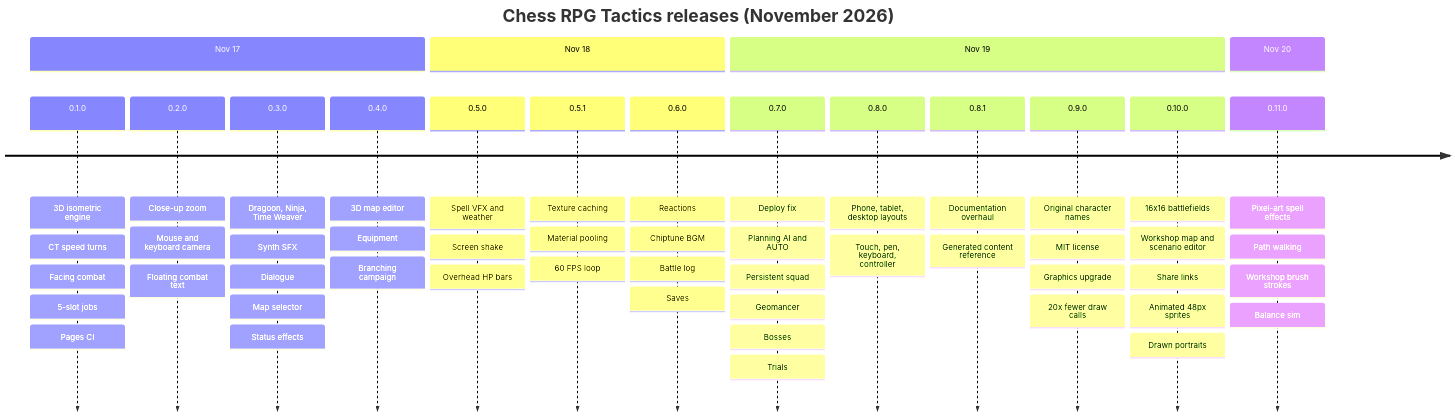
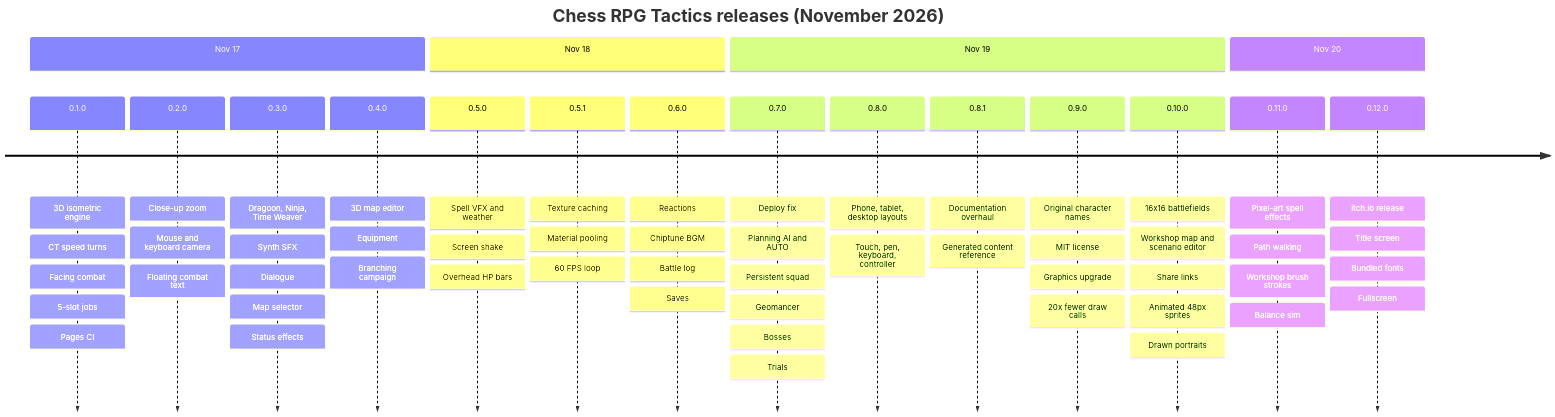
The first of 4 diagrams in docs/ROADMAP.md (CptNope/Chess-RPG-Tactics), drawn with Mermaid before and after one commit. The commit also changed other lines of this file and 29 other files, not shown here.

First line of the commit message:
0.12.0: itch.io release build, title screen, fullscreen, bundled fonts

````diff
--- a/docs/ROADMAP.md
+++ b/docs/ROADMAP.md
@@ -11,21 +11,22 @@
 ```mermaid
 timeline
     title Chess RPG Tactics releases (November 2026)
     section Nov 17
         0.1.0 : 3D isometric engine : CT speed turns : Facing combat : 5-slot jobs : Pages CI
         0.2.0 : Close-up zoom : Mouse and keyboard camera : Floating combat text
         0.3.0 : Dragoon, Ninja, Time Weaver : Synth SFX : Dialogue : Map selector : Status effects
         0.4.0 : 3D map editor : Equipment : Branching campaign
     section Nov 18
         0.5.0 : Spell VFX and weather : Screen shake : Overhead HP bars
         0.5.1 : Texture caching : Material pooling : 60 FPS loop
         0.6.0 : Reactions : Chiptune BGM : Battle log : Saves
     section Nov 19
         0.7.0 : Deploy fix : Planning AI and AUTO : Persistent squad : Geomancer : Bosses : Trials
         0.8.0 : Phone, tablet, desktop layouts : Touch, pen, keyboard, controller
         0.8.1 : Documentation overhaul : Generated content reference
         0.9.0 : Original character names : MIT license : Graphics upgrade : 20x fewer draw calls
         0.10.0 : 16x16 battlefields : Workshop map and scenario editor : Share links : Animated 48px sprites : Drawn portraits
     section Nov 20
         0.11.0 : Pixel-art spell effects : Path walking : Workshop brush strokes : Balance sim
+        0.12.0 : itch.io release : Title screen : Bundled fonts : Fullscreen
 ```
````
